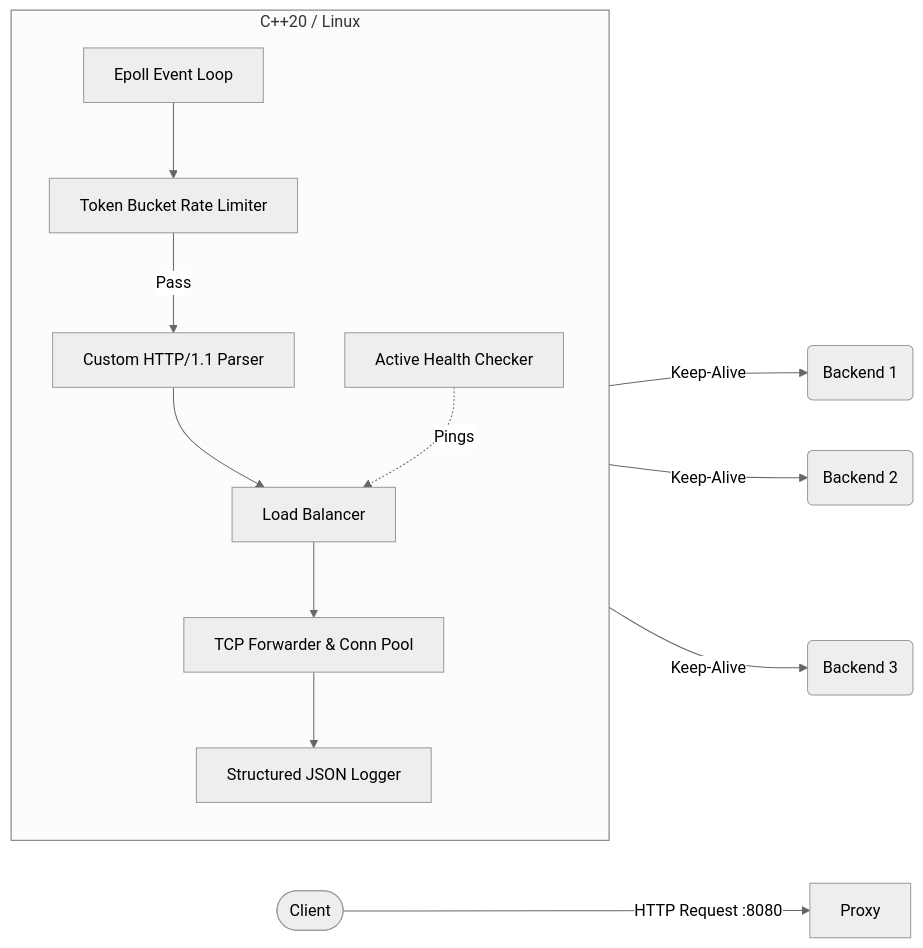
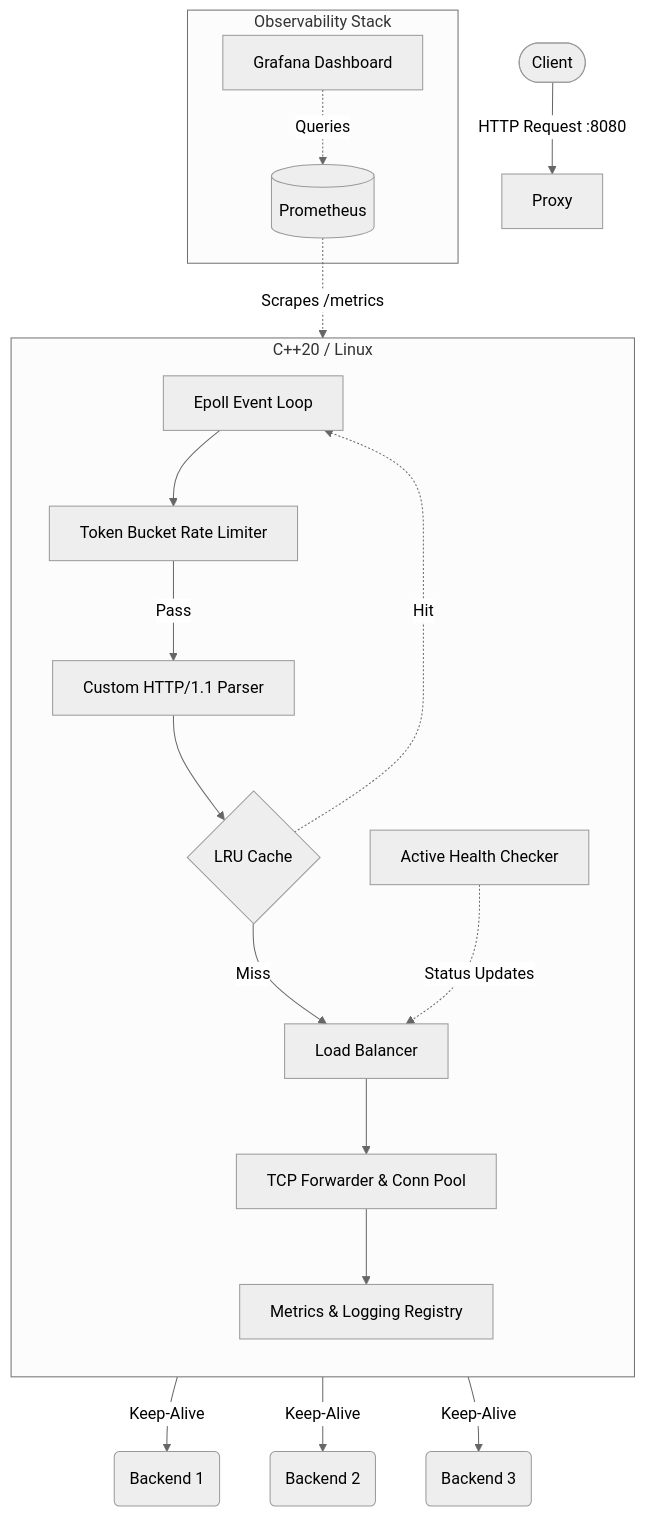
The diagram in README.md (01prakash-aditya/adaptive_lb_rp), drawn with Mermaid (neutral theme) before and after one commit. The commit also changed other lines of this file and 3 other files, not shown here.

````diff
--- a/README.md
+++ b/README.md
@@ -9,26 +9,36 @@
 ```mermaid
-graph LR
+graph TD
     Client([Client]) -->|HTTP Request :8080| Proxy
 
     subgraph High-Performance Proxy Core [C++20 / Linux]
         direction TB
         Epoll[Epoll Event Loop]
         RateLimiter[Token Bucket Rate Limiter]
         Parser[Custom HTTP/1.1 Parser]
+        Cache{LRU Cache}
         LB[Load Balancer]
         Health[Active Health Checker]
         Forwarder[TCP Forwarder & Conn Pool]
-        Logger[Structured JSON Logger]
+        Metrics[Metrics & Logging Registry]
 
         Epoll --> RateLimiter
         RateLimiter -->|Pass| Parser
-        Parser --> LB
+        Parser --> Cache
+        Cache -->|Miss| LB
+        Cache -.->|Hit| Epoll
         LB --> Forwarder
-        Forwarder --> Logger
-        Health -.->|Pings| LB
+        Forwarder --> Metrics
+        Health -.->|Status Updates| LB
+    end
+
+    subgraph Observability Stack
+        Prometheus[(Prometheus)]
+        Grafana[Grafana Dashboard]
+        Prometheus -.->|Scrapes /metrics| Metrics
+        Grafana -.->|Queries| Prometheus
     end
 
     Forwarder -->|Keep-Alive| B1(Backend 1)
     Forwarder -->|Keep-Alive| B2(Backend 2)
     Forwarder -->|Keep-Alive| B3(Backend 3)
 ```
````
